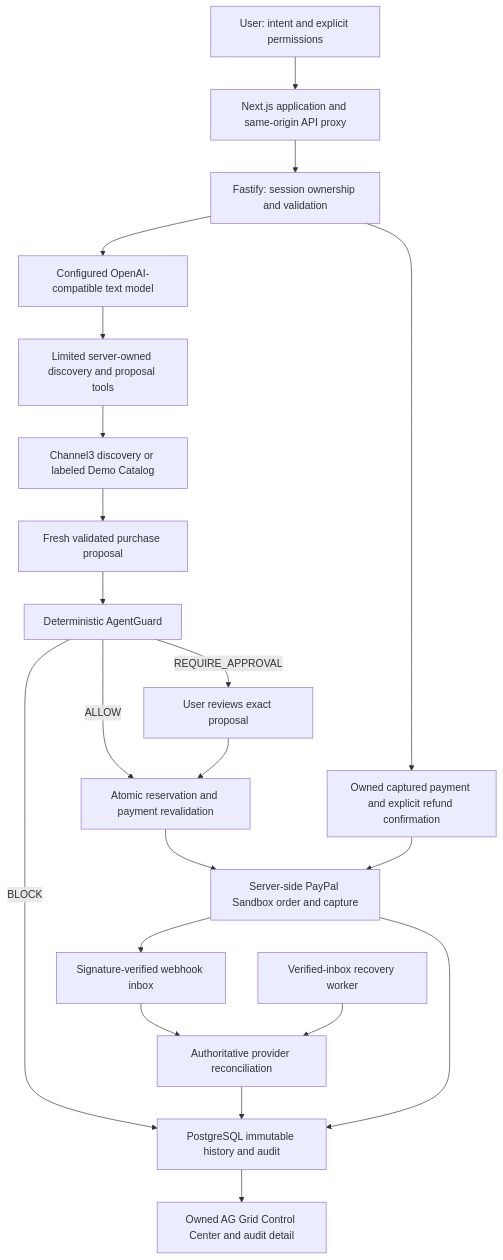
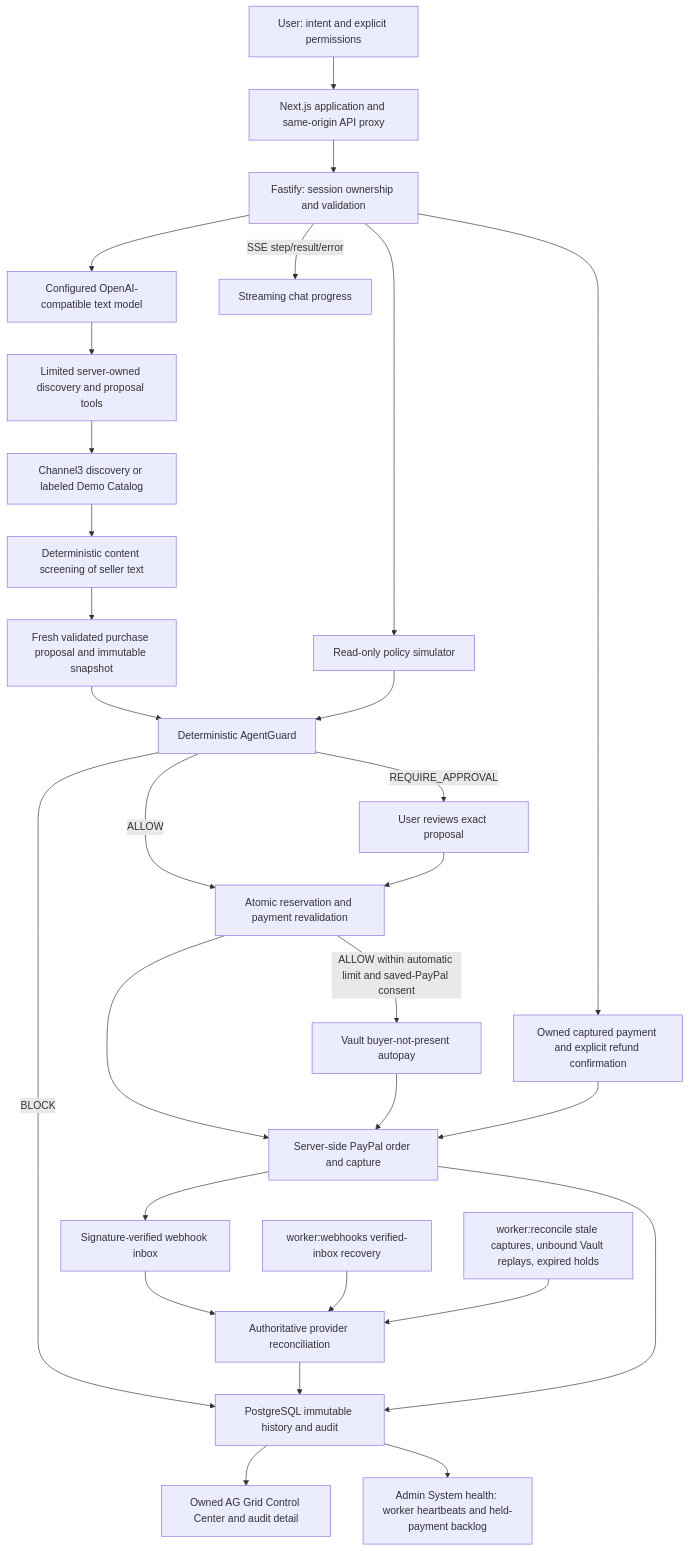
Before and after one commit to ashish200729/mandatepay: the diagram in docs/architecture/SYSTEM.md, drawn with Mermaid. The commit also changed other lines of this file and 246 other files, not shown here.

````diff
--- a/docs/architecture/SYSTEM.md
+++ b/docs/architecture/SYSTEM.md
@@ -3,23 +3,31 @@
 ```mermaid
 flowchart TD
   User[User: intent and explicit permissions] --> Web[Next.js application and same-origin API proxy]
   Web --> API[Fastify: session ownership and validation]
   API --> AI[Configured OpenAI-compatible text model]
+  API -->|SSE step/result/error| Stream[Streaming chat progress]
   AI --> Tools[Limited server-owned discovery and proposal tools]
   Tools --> Catalog[Channel3 discovery or labeled Demo Catalog]
-  Catalog --> Proposal[Fresh validated purchase proposal]
+  Catalog --> Screen[Deterministic content screening of seller text]
+  Screen --> Proposal[Fresh validated purchase proposal and immutable snapshot]
   Proposal --> Guard[Deterministic AgentGuard]
+  API --> Simulator[Read-only policy simulator]
+  Simulator --> Guard
   Guard -->|BLOCK| Audit[PostgreSQL immutable history and audit]
   Guard -->|REQUIRE_APPROVAL| Human[User reviews exact proposal]
   Guard -->|ALLOW| Revalidate[Atomic reservation and payment revalidation]
   Human --> Revalidate
-  Revalidate --> PayPal[Server-side PayPal Sandbox order and capture]
+  Revalidate --> PayPal[Server-side PayPal order and capture]
+  Revalidate -->|ALLOW within automatic limit and saved-PayPal consent| Vault[Vault buyer-not-present autopay]
+  Vault --> PayPal
   PayPal --> Webhook[Signature-verified webhook inbox]
   Webhook --> Reconcile[Authoritative provider reconciliation]
-  Worker[Verified-inbox recovery worker] --> Reconcile
+  Worker[worker:webhooks verified-inbox recovery] --> Reconcile
+  ReconcileWorker[worker:reconcile stale captures, unbound Vault replays, expired holds] --> Reconcile
   Reconcile --> Audit
   PayPal --> Audit
   Audit --> Dashboard[Owned AG Grid Control Center and audit detail]
+  Audit --> Admin[Admin System health: worker heartbeats and held-payment backlog]
   API --> Refund[Owned captured payment and explicit refund confirmation]
   Refund --> PayPal
 ```
````
